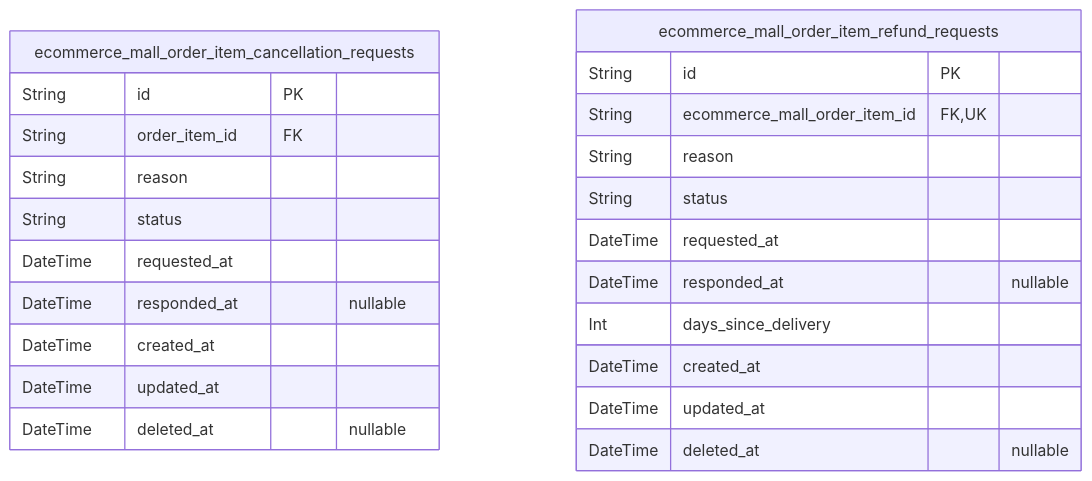
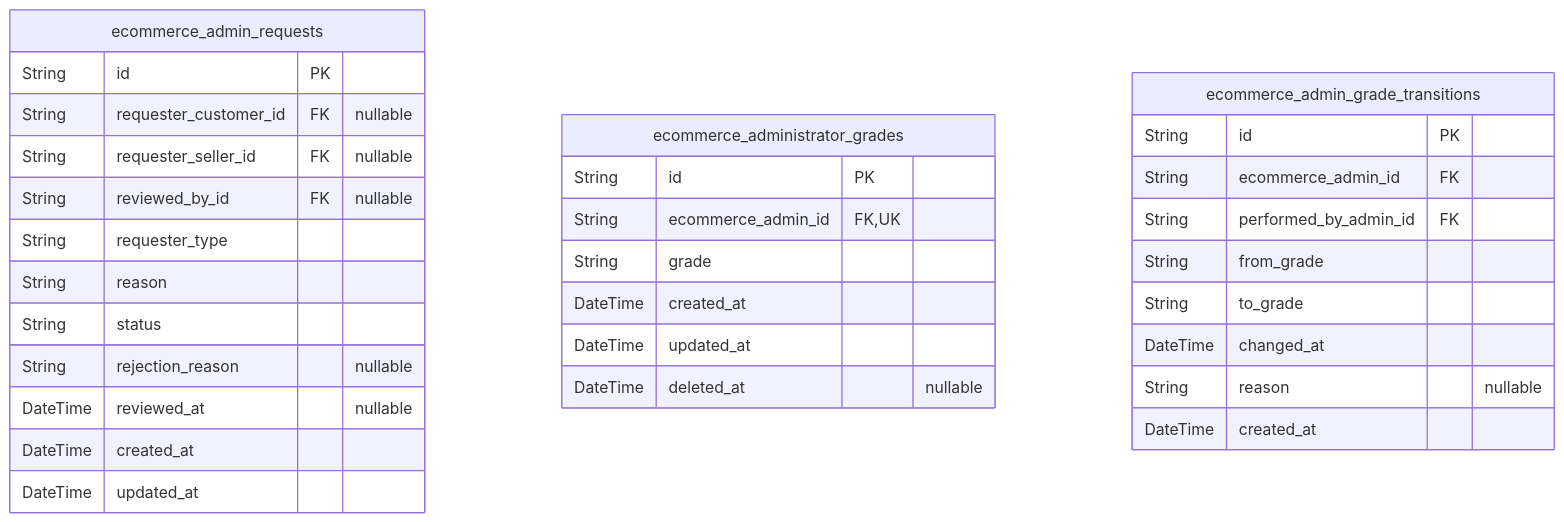
One commit to wrtnlabs/autobe-examples changed the eighth of 8 diagrams in qwen/qwen3.5-122b-a10b/shopping/docs/ERD.md. Above: the diagram before and after it, drawn with Mermaid. The commit also changed other lines of this file and 32093 other files, not shown here.

````diff
--- a/qwen/qwen3.5-122b-a10b/shopping/docs/ERD.md
+++ b/qwen/qwen3.5-122b-a10b/shopping/docs/ERD.md
@@ -1270,26 +3240,34 @@
 ```mermaid
 erDiagram
-"ecommerce_mall_order_item_cancellation_requests" {
+"ecommerce_admin_requests" {
   String id PK
-  String order_item_id FK
+  String requester_customer_id FK "nullable"
+  String requester_seller_id FK "nullable"
+  String reviewed_by_id FK "nullable"
+  String requester_type
   String reason
   String status
-  DateTime requested_at
-  DateTime responded_at "nullable"
+  String rejection_reason "nullable"
+  DateTime reviewed_at "nullable"
+  DateTime created_at
+  DateTime updated_at
+}
+"ecommerce_administrator_grades" {
+  String id PK
+  String ecommerce_admin_id FK,UK
+  String grade
   DateTime created_at
   DateTime updated_at
   DateTime deleted_at "nullable"
 }
-"ecommerce_mall_order_item_refund_requests" {
+"ecommerce_admin_grade_transitions" {
   String id PK
-  String ecommerce_mall_order_item_id FK,UK
-  String reason
-  String status
-  DateTime requested_at
-  DateTime responded_at "nullable"
-  Int days_since_delivery
+  String ecommerce_admin_id FK
+  String performed_by_admin_id FK
+  String from_grade
+  String to_grade
+  DateTime changed_at
+  String reason "nullable"
   DateTime created_at
-  DateTime updated_at
-  DateTime deleted_at "nullable"
 }
 ```
````
